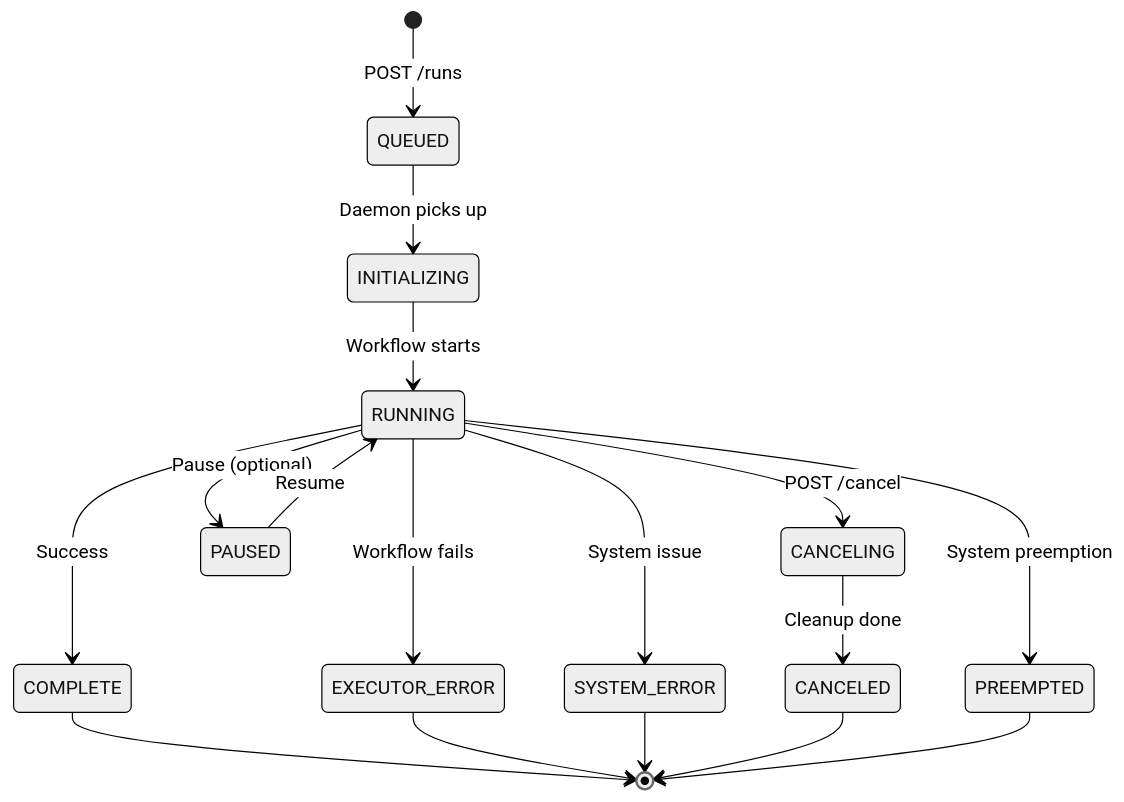
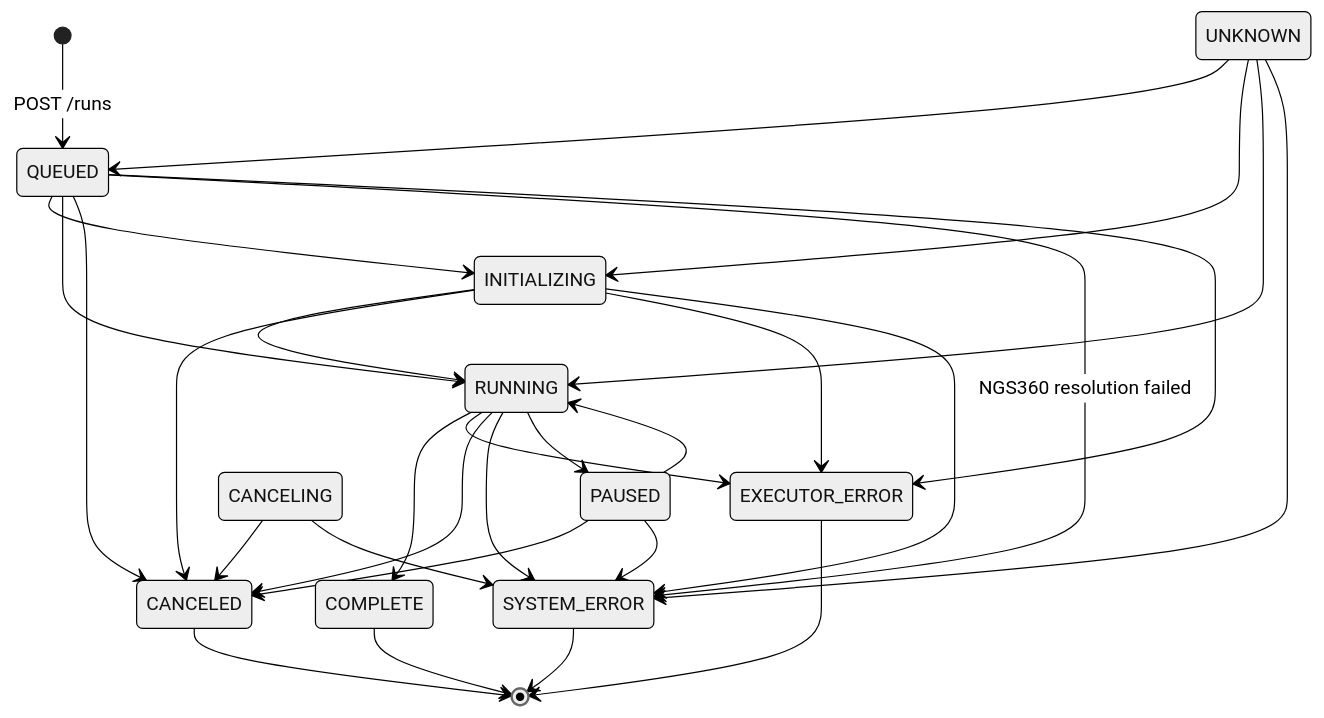
One commit to NGS360/GA4GH-WES-API-Service changed the third of 3 diagrams in docs/ARCHITECTURE.md. Above: the diagram before and after it, drawn with Mermaid (neutral theme). The commit also changed other lines of this file and 8 other files, not shown here.

````diff
--- a/docs/ARCHITECTURE.md
+++ b/docs/ARCHITECTURE.md
@@ -536,19 +310,31 @@
 ```mermaid
 stateDiagram-v2
     [*] --> QUEUED: POST /runs
-    QUEUED --> INITIALIZING: Daemon picks up
-    INITIALIZING --> RUNNING: Workflow starts
-    RUNNING --> COMPLETE: Success
-    RUNNING --> EXECUTOR_ERROR: Workflow fails
-    RUNNING --> SYSTEM_ERROR: System issue
-    RUNNING --> CANCELING: POST /cancel
-    CANCELING --> CANCELED: Cleanup done
-    RUNNING --> PAUSED: Pause (optional)
-    PAUSED --> RUNNING: Resume
-    RUNNING --> PREEMPTED: System preemption
+    QUEUED --> INITIALIZING
+    QUEUED --> RUNNING
+    QUEUED --> CANCELED
+    QUEUED --> SYSTEM_ERROR: NGS360 resolution failed
+    QUEUED --> EXECUTOR_ERROR
+    INITIALIZING --> RUNNING
+    INITIALIZING --> CANCELED
+    INITIALIZING --> EXECUTOR_ERROR
+    INITIALIZING --> SYSTEM_ERROR
+    RUNNING --> COMPLETE
+    RUNNING --> EXECUTOR_ERROR
+    RUNNING --> CANCELED
+    RUNNING --> SYSTEM_ERROR
+    RUNNING --> PAUSED
+    PAUSED --> RUNNING
+    PAUSED --> CANCELED
+    PAUSED --> SYSTEM_ERROR
+    CANCELING --> CANCELED
+    CANCELING --> SYSTEM_ERROR
+    UNKNOWN --> QUEUED
+    UNKNOWN --> INITIALIZING
+    UNKNOWN --> RUNNING
+    UNKNOWN --> SYSTEM_ERROR
     COMPLETE --> [*]
     EXECUTOR_ERROR --> [*]
     SYSTEM_ERROR --> [*]
     CANCELED --> [*]
-    PREEMPTED --> [*]
 ```
````
